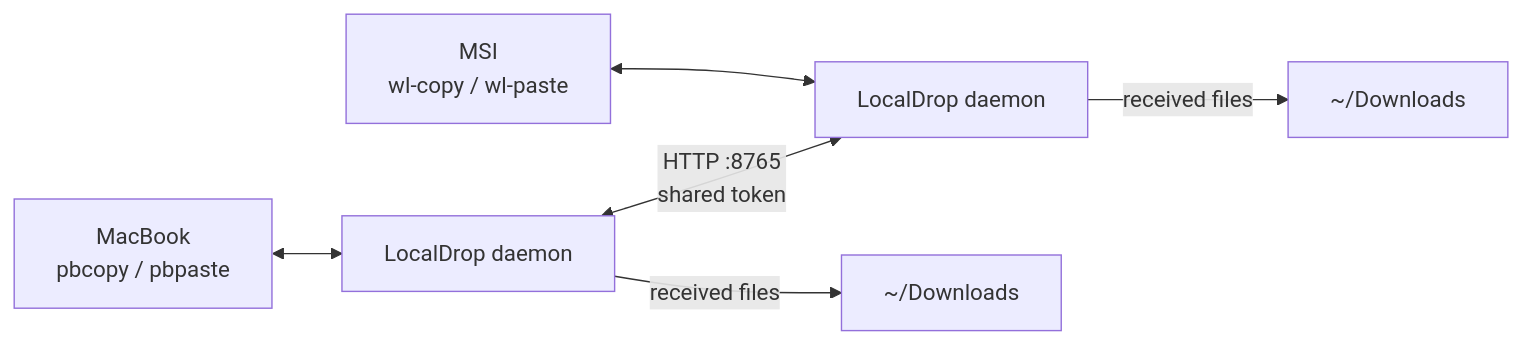
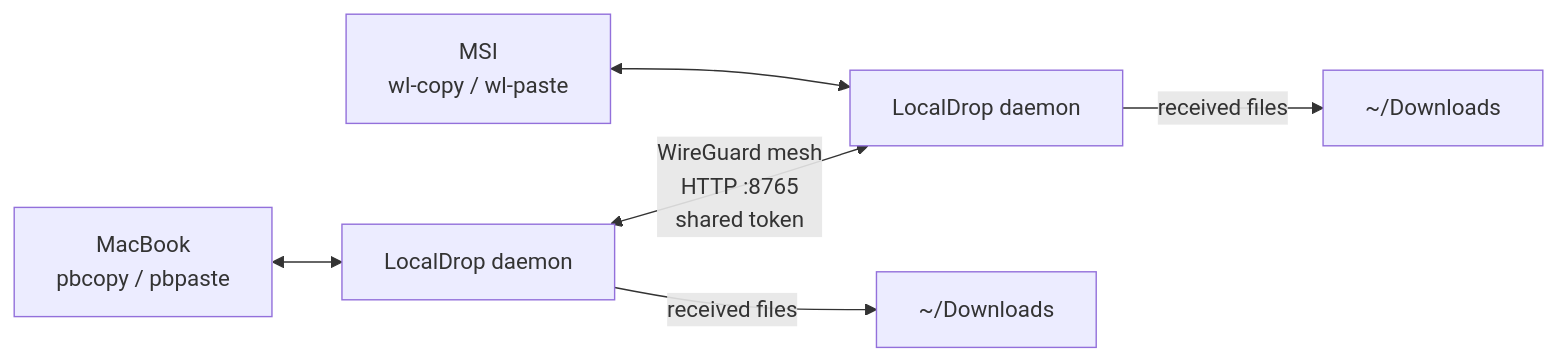
One commit to Manuel0516/zero-five-handbook changed the diagram in content/docs/laptop-msi/localdrop.mdx. Above: the diagram before and after it, drawn with Mermaid. The commit also changed other lines of this file and 3 other files, not shown here.

Commit message:
docs: document direct LocalDrop WireGuard routing

````diff
--- a/content/docs/laptop-msi/localdrop.mdx
+++ b/content/docs/laptop-msi/localdrop.mdx
@@ -9,8 +9,8 @@
 ```mermaid
 flowchart LR
     mac["MacBook<br/>pbcopy / pbpaste"] <--> macd["LocalDrop daemon"]
     msi["MSI<br/>wl-copy / wl-paste"] <--> msid["LocalDrop daemon"]
-    macd <-->|"HTTP :8765<br/>shared token"| msid
+    macd <-->|"WireGuard mesh<br/>HTTP :8765<br/>shared token"| msid
     macd -->|"received files"| md["~/Downloads"]
     msid -->|"received files"| wd["~/Downloads"]
 ```
````
